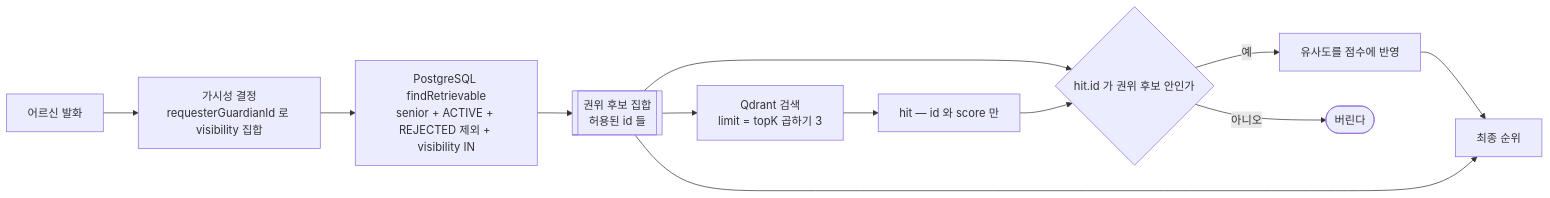
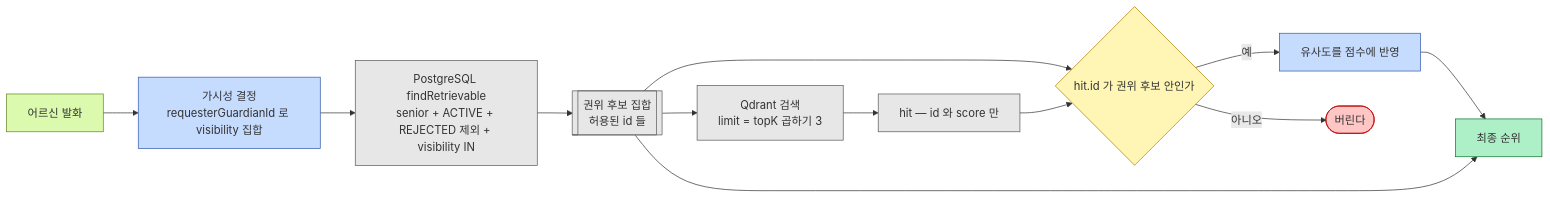
One commit to bomi-aiot/BOMI changed the third of 3 diagrams in docs/architecture/RAG 런타임 감사.md. Above: the diagram before and after it, drawn with Mermaid. The commit also changed other lines of this file and 13 other files, not shown here.

First line of the commit message:
docs: 문서 다이어그램 팔레트 통일과 배치 정리

````diff
--- a/docs/architecture/RAG 런타임 감사.md
+++ b/docs/architecture/RAG 런타임 감사.md
@@ -176,14 +202,21 @@
 ```mermaid
 flowchart LR
-    Q["어르신 발화"] --> V["가시성 결정<br/>requesterGuardianId 로 visibility 집합"]
-    V --> P["PostgreSQL findRetrievable<br/>senior + ACTIVE + REJECTED 제외 + visibility IN"]
-    P --> C[["권위 후보 집합<br/>허용된 id 들"]]
-    C --> QD["Qdrant 검색<br/>limit = topK 곱하기 3"]
-    QD --> HIT["hit — id 와 score 만"]
-    C --> F{"hit.id 가 권위 후보 안인가"}
+    classDef robot fill:#dbfaad,stroke:#608520
+    classDef be fill:#c6dcff,stroke:#305bab
+    classDef data fill:#e7e7e7,stroke:#595959
+    classDef gate fill:#fff6b6,stroke:#af7e02
+    classDef reject fill:#ffc6c6,stroke:#bd0909
+    classDef ok fill:#adf0c7,stroke:#087429
+
+    Q["어르신 발화"]:::robot --> V["가시성 결정<br/>requesterGuardianId 로 visibility 집합"]:::be
+    V --> P["PostgreSQL findRetrievable<br/>senior + ACTIVE + REJECTED 제외 + visibility IN"]:::data
+    P --> C[["권위 후보 집합<br/>허용된 id 들"]]:::data
+    C --> QD["Qdrant 검색<br/>limit = topK 곱하기 3"]:::data
+    QD --> HIT["hit — id 와 score 만"]:::data
+    C --> F{"hit.id 가 권위 후보 안인가"}:::gate
     HIT --> F
-    F -->|"예"| S["유사도를 점수에 반영"]
-    F -->|"아니오"| D(["버린다"])
-    S --> RANK["최종 순위"]
+    F -->|"예"| S["유사도를 점수에 반영"]:::be
+    F -->|"아니오"| D(["버린다"]):::reject
+    S --> RANK["최종 순위"]:::ok
     C --> RANK
 ```
````
